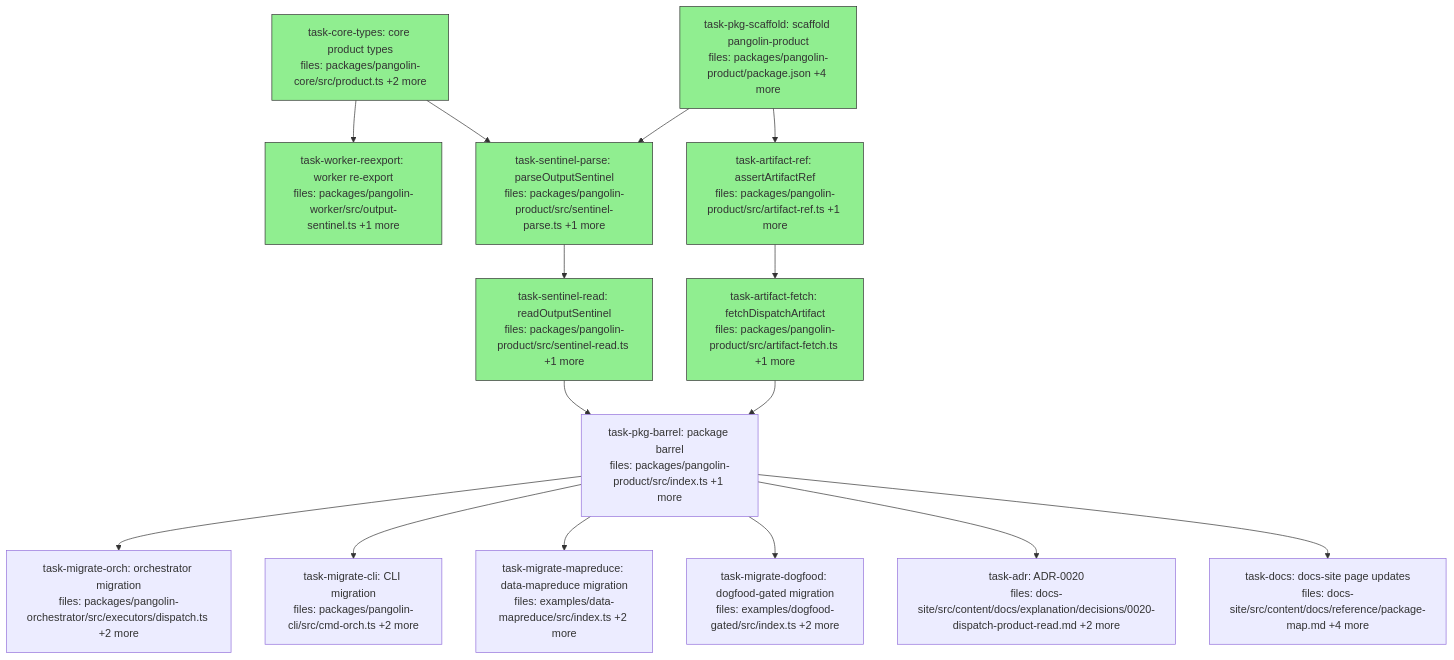
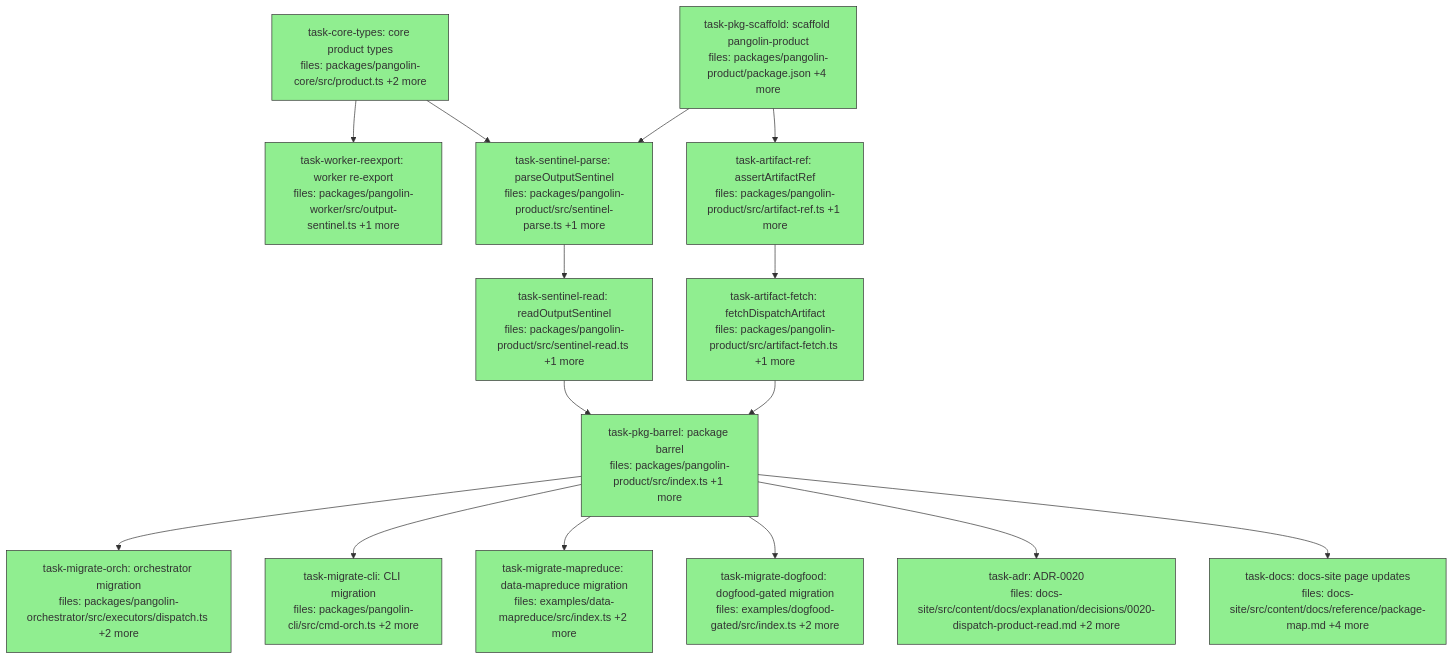
The diagram in docs/superpowers/plans/2026-07-27-dispatch-product-read-dag.md (QuarrySystems/pangolin), drawn with Mermaid before and after one commit. The commit also changed other lines of this file, not shown here.

First line of the commit message:
plan: DAG complete — 14/14 tasks done, 0 failed, 0 skipped

````diff
--- a/docs/superpowers/plans/2026-07-27-dispatch-product-read-dag.md
+++ b/docs/superpowers/plans/2026-07-27-dispatch-product-read-dag.md
@@ -6,38 +6,38 @@
 ```mermaid
 flowchart TD
     task-core-types["task-core-types: core product types<br/>files: packages/pangolin-core/src/product.ts +2 more"]:::done
     task-worker-reexport["task-worker-reexport: worker re-export<br/>files: packages/pangolin-worker/src/output-sentinel.ts +1 more"]:::done
     task-pkg-scaffold["task-pkg-scaffold: scaffold pangolin-product<br/>files: packages/pangolin-product/package.json +4 more"]:::done
     task-sentinel-parse["task-sentinel-parse: parseOutputSentinel<br/>files: packages/pangolin-product/src/sentinel-parse.ts +1 more"]:::done
     task-artifact-ref["task-artifact-ref: assertArtifactRef<br/>files: packages/pangolin-product/src/artifact-ref.ts +1 more"]:::done
     task-sentinel-read["task-sentinel-read: readOutputSentinel<br/>files: packages/pangolin-product/src/sentinel-read.ts +1 more"]:::done
     task-artifact-fetch["task-artifact-fetch: fetchDispatchArtifact<br/>files: packages/pangolin-product/src/artifact-fetch.ts +1 more"]:::done
-    task-pkg-barrel["task-pkg-barrel: package barrel<br/>files: packages/pangolin-product/src/index.ts +1 more"]
-    task-migrate-orch["task-migrate-orch: orchestrator migration<br/>files: packages/pangolin-orchestrator/src/executors/dispatch.ts +2 more"]
-    task-migrate-cli["task-migrate-cli: CLI migration<br/>files: packages/pangolin-cli/src/cmd-orch.ts +2 more"]
-    task-migrate-mapreduce["task-migrate-mapreduce: data-mapreduce migration<br/>files: examples/data-mapreduce/src/index.ts +2 more"]
-    task-migrate-dogfood["task-migrate-dogfood: dogfood-gated migration<br/>files: examples/dogfood-gated/src/index.ts +2 more"]
-    task-adr["task-adr: ADR-0020<br/>files: docs-site/src/content/docs/explanation/decisions/0020-dispatch-product-read.md +2 more"]
-    task-docs["task-docs: docs-site page updates<br/>files: docs-site/src/content/docs/reference/package-map.md +4 more"]
+    task-pkg-barrel["task-pkg-barrel: package barrel<br/>files: packages/pangolin-product/src/index.ts +1 more"]:::done
+    task-migrate-orch["task-migrate-orch: orchestrator migration<br/>files: packages/pangolin-orchestrator/src/executors/dispatch.ts +2 more"]:::done
+    task-migrate-cli["task-migrate-cli: CLI migration<br/>files: packages/pangolin-cli/src/cmd-orch.ts +2 more"]:::done
+    task-migrate-mapreduce["task-migrate-mapreduce: data-mapreduce migration<br/>files: examples/data-mapreduce/src/index.ts +2 more"]:::done
+    task-migrate-dogfood["task-migrate-dogfood: dogfood-gated migration<br/>files: examples/dogfood-gated/src/index.ts +2 more"]:::done
+    task-adr["task-adr: ADR-0020<br/>files: docs-site/src/content/docs/explanation/decisions/0020-dispatch-product-read.md +2 more"]:::done
+    task-docs["task-docs: docs-site page updates<br/>files: docs-site/src/content/docs/reference/package-map.md +4 more"]:::done
 
     task-core-types --> task-worker-reexport
     task-core-types --> task-sentinel-parse
     task-pkg-scaffold --> task-sentinel-parse
     task-pkg-scaffold --> task-artifact-ref
     task-sentinel-parse --> task-sentinel-read
     task-artifact-ref --> task-artifact-fetch
     task-sentinel-read --> task-pkg-barrel
     task-artifact-fetch --> task-pkg-barrel
     task-pkg-barrel --> task-migrate-orch
     task-pkg-barrel --> task-migrate-cli
     task-pkg-barrel --> task-migrate-mapreduce
     task-pkg-barrel --> task-migrate-dogfood
     task-pkg-barrel --> task-adr
     task-pkg-barrel --> task-docs
 
     classDef done fill:#90ee90,stroke:#333
     classDef ready fill:#fffacd,stroke:#333
     classDef running fill:#87ceeb,stroke:#333
     classDef failed fill:#ffb6c1,stroke:#333
     classDef skipped fill:#d3d3d3,stroke:#333,stroke-dasharray: 5 5
 ```
````
